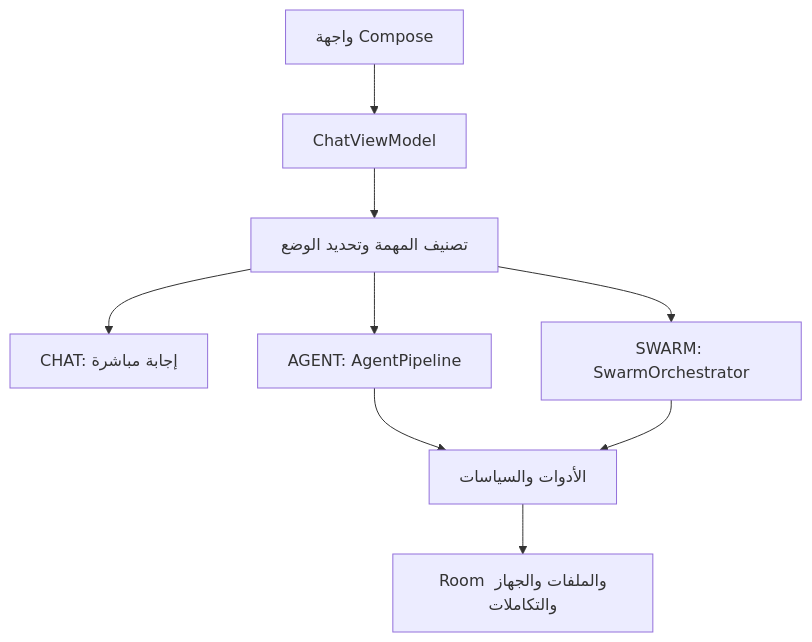
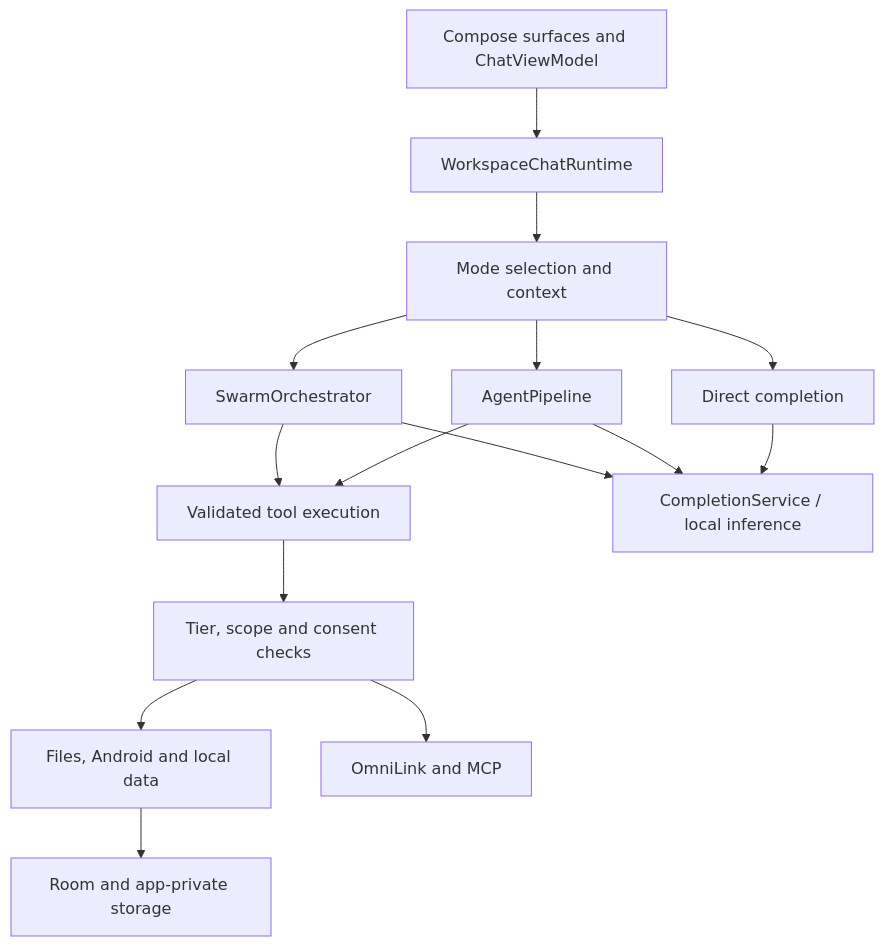
The second of 2 diagrams in README.md (obieda-hussien/OmniDev-Workspace), drawn with Mermaid before and after one commit. The commit also changed other lines of this file and 22 other files, not shown here.

````diff
--- a/README.md
+++ b/README.md
@@ -119,11 +524,17 @@
 ```mermaid
 flowchart TD
-    UI["واجهة Compose"] --> VM["ChatViewModel"]
-    VM --> R["تصنيف المهمة وتحديد الوضع"]
-    R --> C["CHAT: إجابة مباشرة"]
-    R --> A["AGENT: AgentPipeline"]
-    R --> S["SWARM: SwarmOrchestrator"]
-    A --> T["الأدوات والسياسات"]
-    S --> T
-    T --> D["Room والملفات والجهاز والتكاملات"]
+    UI["Compose surfaces and ChatViewModel"] --> Runtime["WorkspaceChatRuntime"]
+    Runtime --> Route["Mode selection and context"]
+    Route --> Chat["Direct completion"]
+    Route --> Agent["AgentPipeline"]
+    Route --> Team["SwarmOrchestrator"]
+    Agent --> Tools["Validated tool execution"]
+    Team --> Tools
+    Tools --> Policy["Tier, scope and consent checks"]
+    Policy --> Local["Files, Android and local data"]
+    Policy --> Connected["OmniLink and MCP"]
+    Chat --> Models["CompletionService / local inference"]
+    Agent --> Models
+    Team --> Models
+    Local --> Storage["Room and app-private storage"]
 ```
````
